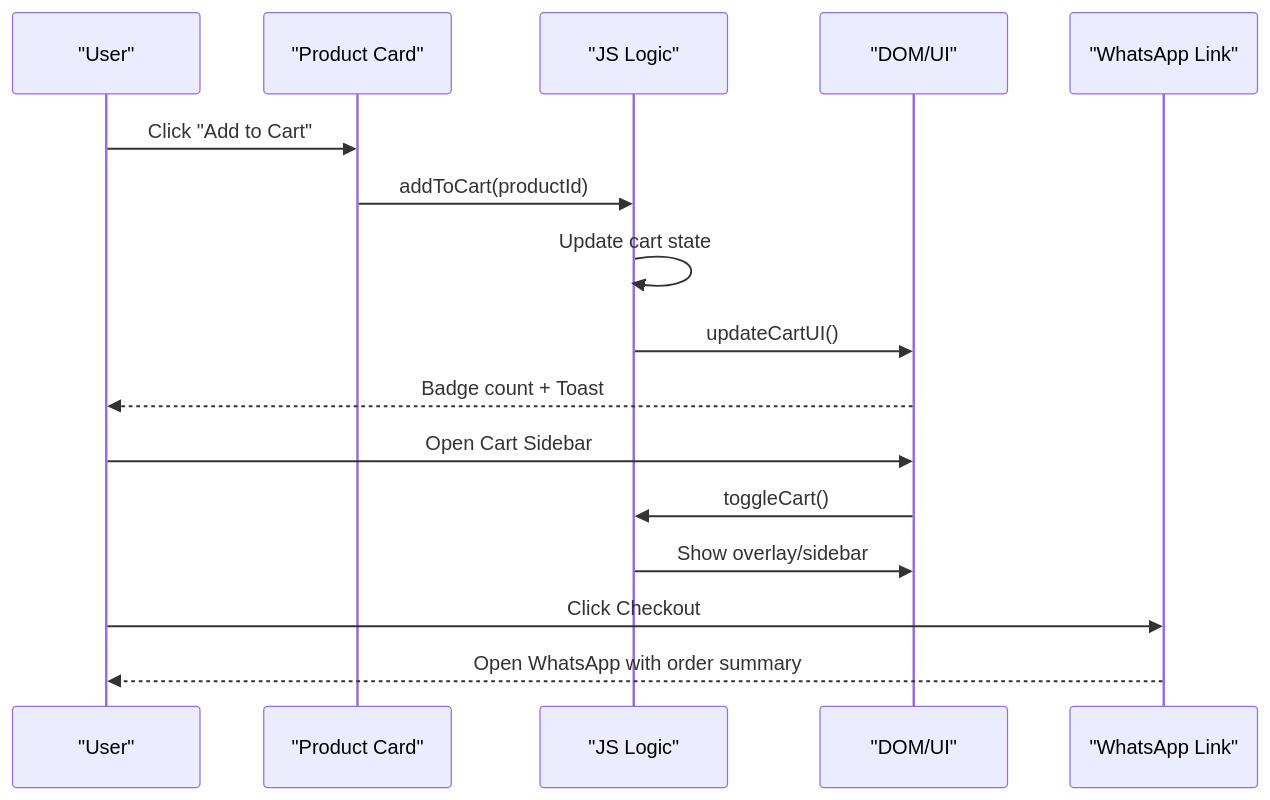
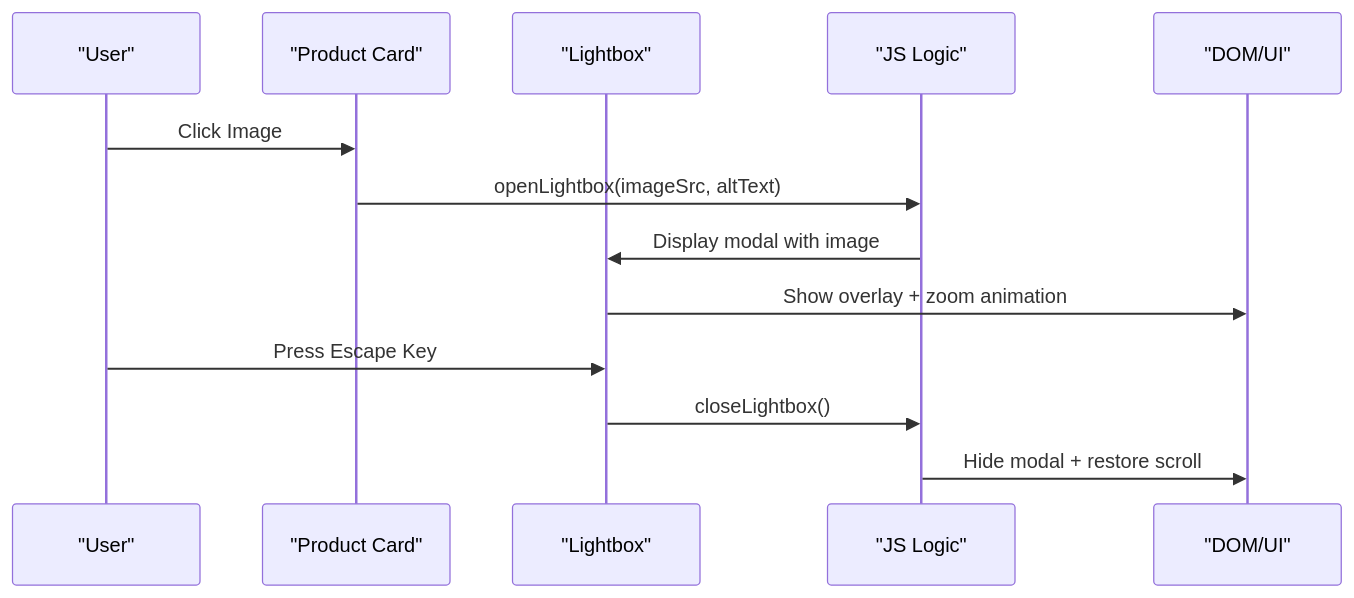
The second of 5 diagrams in .qoder/repowiki/en/content/User Interface Components/Interactive Elements/Interactive Elements.md (queenflowerhk/queenflowerhk.github.io), drawn with Mermaid before and after one commit. The commit also changed other lines of this file and 13 other files, not shown here.

````diff
--- a/.qoder/repowiki/en/content/User Interface Components/Interactive Elements/Interactive Elements.md
+++ b/.qoder/repowiki/en/content/User Interface Components/Interactive Elements/Interactive Elements.md
@@ -76,18 +97,15 @@
 ```mermaid
 sequenceDiagram
 participant U as "User"
 participant P as "Product Card"
+participant L as "Lightbox"
 participant JS as "JS Logic"
 participant UI as "DOM/UI"
-participant WA as "WhatsApp Link"
-U->>P : Click "Add to Cart"
-P->>JS : addToCart(productId)
-JS->>JS : Update cart state
-JS->>UI : updateCartUI()
-UI-->>U : Badge count + Toast
-U->>UI : Open Cart Sidebar
-UI->>JS : toggleCart()
-JS->>UI : Show overlay/sidebar
-U->>WA : Click Checkout
-WA-->>U : Open WhatsApp with order summary
+U->>P : Click Image
+P->>JS : openLightbox(imageSrc, altText)
+JS->>L : Display modal with image
+L->>UI : Show overlay + zoom animation
+U->>L : Press Escape Key
+L->>JS : closeLightbox()
+JS->>UI : Hide modal + restore scroll
 ```
````
